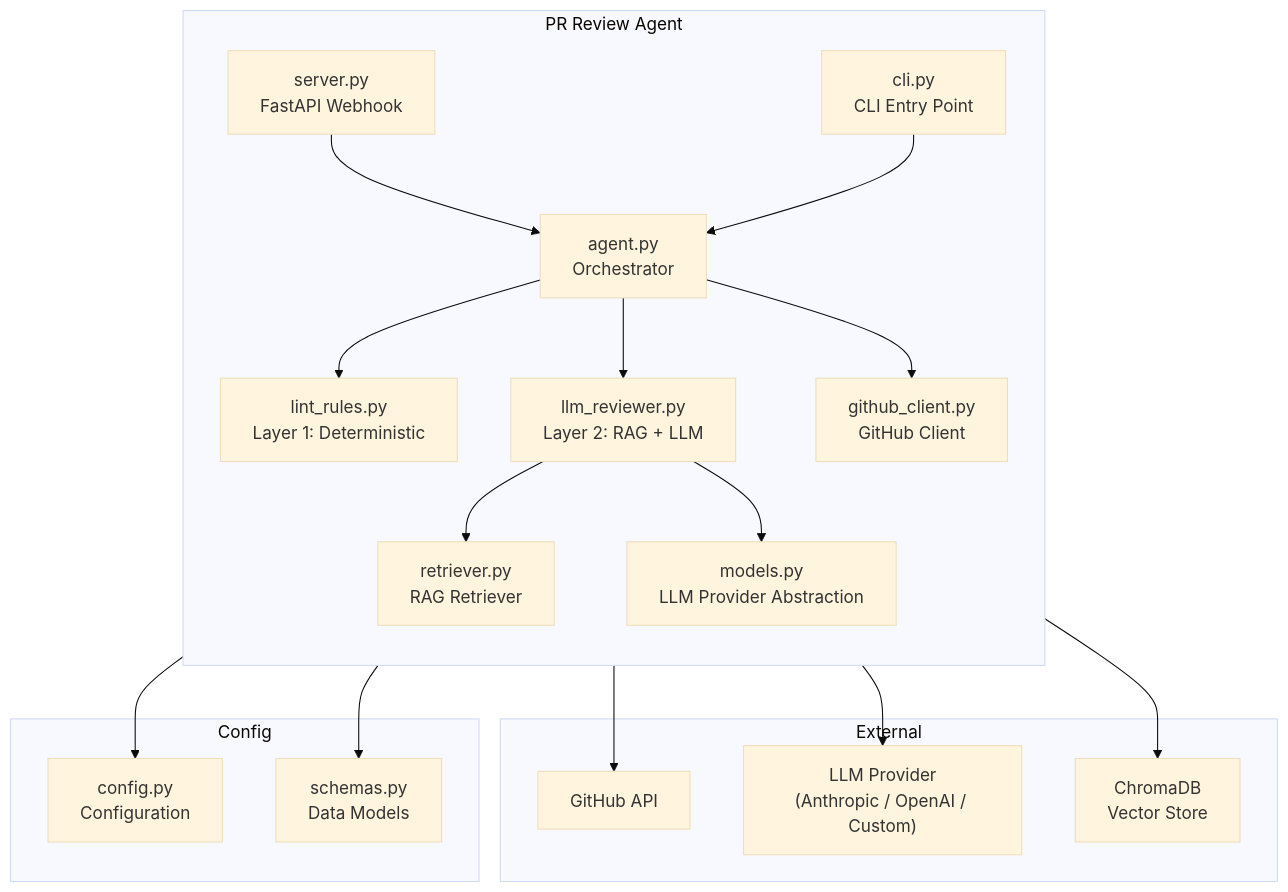
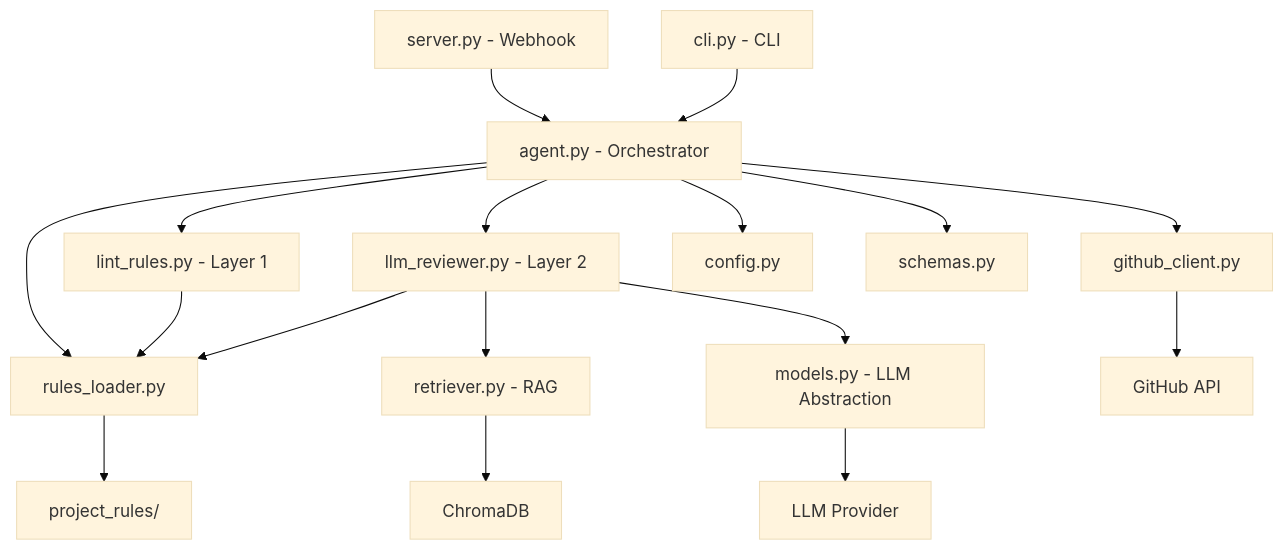
One commit to bibhuti230185/AI-learning changed the second of 7 diagrams in pr_review_agent/sw360_review_agent/ARCHITECTURE.md. Above: the diagram before and after it, drawn with Mermaid (base theme). The commit also changed other lines of this file and 19 other files, not shown here.

Commit message:
feat(pr-review): add rules loader and improve review flow

````diff
--- a/pr_review_agent/sw360_review_agent/ARCHITECTURE.md
+++ b/pr_review_agent/sw360_review_agent/ARCHITECTURE.md
@@ -26,33 +19,22 @@
 ```mermaid
 graph TB
-    subgraph External
-        GH["GitHub API"]
-        LLM["LLM Provider<br/>(Anthropic / OpenAI / Custom)"]
-        VDB["ChromaDB<br/>Vector Store"]
-    end
+    SRV[server.py - Webhook] --> ORC[agent.py - Orchestrator]
+    CLI[cli.py - CLI] --> ORC
 
-    subgraph Agent["PR Review Agent"]
-        direction TB
-        SRV["server.py<br/>FastAPI Webhook"] --> ORC["agent.py<br/>Orchestrator"]
-        CLI["cli.py<br/>CLI Entry Point"] --> ORC
+    ORC --> RL[rules_loader.py]
+    ORC --> L1[lint_rules.py - Layer 1]
+    ORC --> L2[llm_reviewer.py - Layer 2]
+    ORC --> GHC[github_client.py]
+    ORC --> CFG[config.py]
+    ORC --> SCH[schemas.py]
 
-        ORC --> L1["lint_rules.py<br/>Layer 1: Deterministic"]
-        ORC --> L2["llm_reviewer.py<br/>Layer 2: RAG + LLM"]
-        ORC --> GHC["github_client.py<br/>GitHub Client"]
+    RL --> PRULES[project_rules/]
+    L1 --> RL
+    L2 --> RL
+    L2 --> RET[retriever.py - RAG]
+    L2 --> MOD[models.py - LLM Abstraction]
 
-        L2 --> RET["retriever.py<br/>RAG Retriever"]
-        L2 --> MOD["models.py<br/>LLM Provider Abstraction"]
-
-        GHC --> GH
-        MOD --> LLM
-        RET --> VDB
-    end
-
-    subgraph Config
-        CFG["config.py<br/>Configuration"]
-        SCH["schemas.py<br/>Data Models"]
-    end
-
-    ORC --> CFG
-    ORC --> SCH
+    GHC --> GH[GitHub API]
+    MOD --> LLM[LLM Provider]
+    RET --> VDB[ChromaDB]
 ```
````
